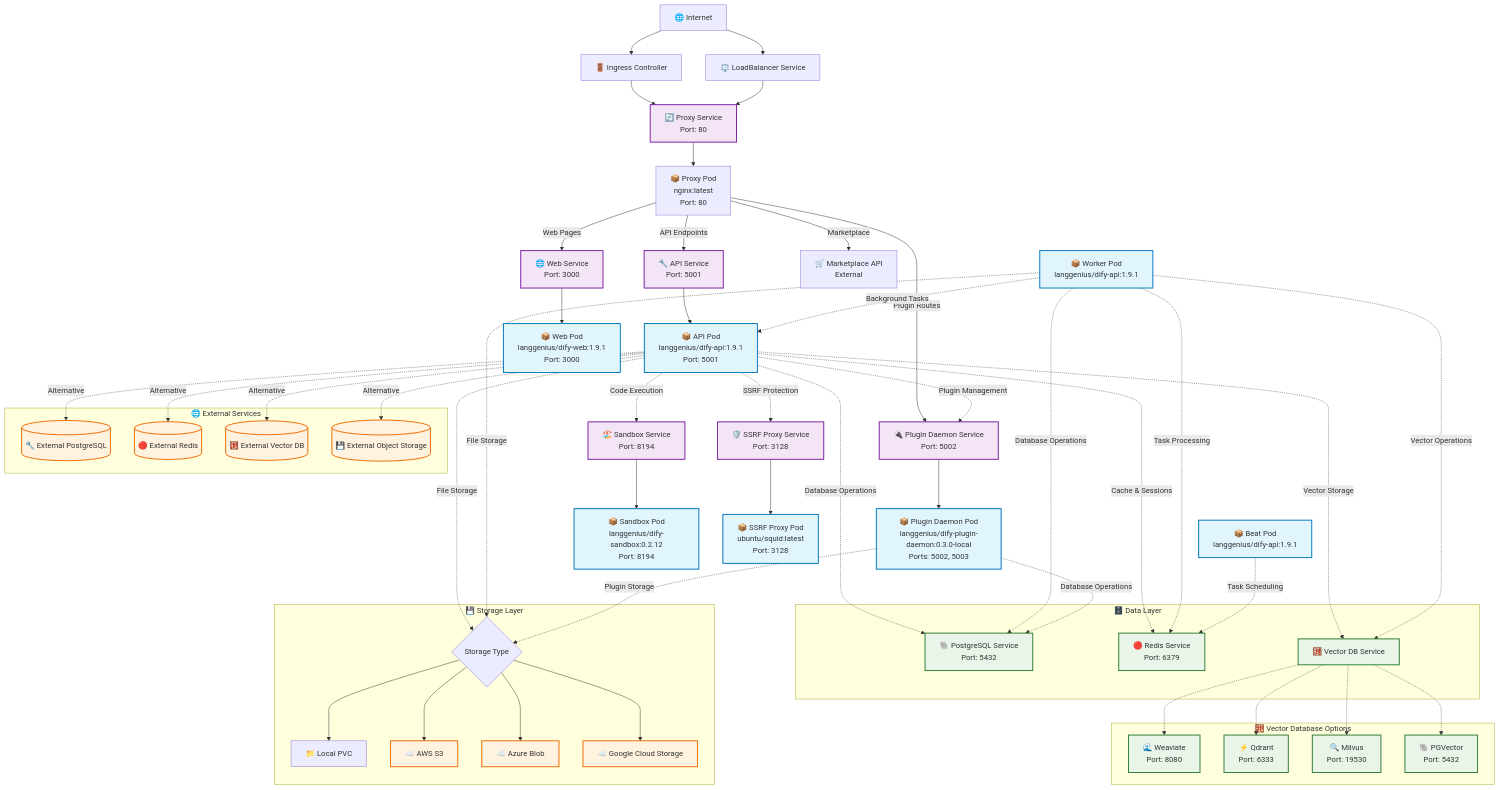
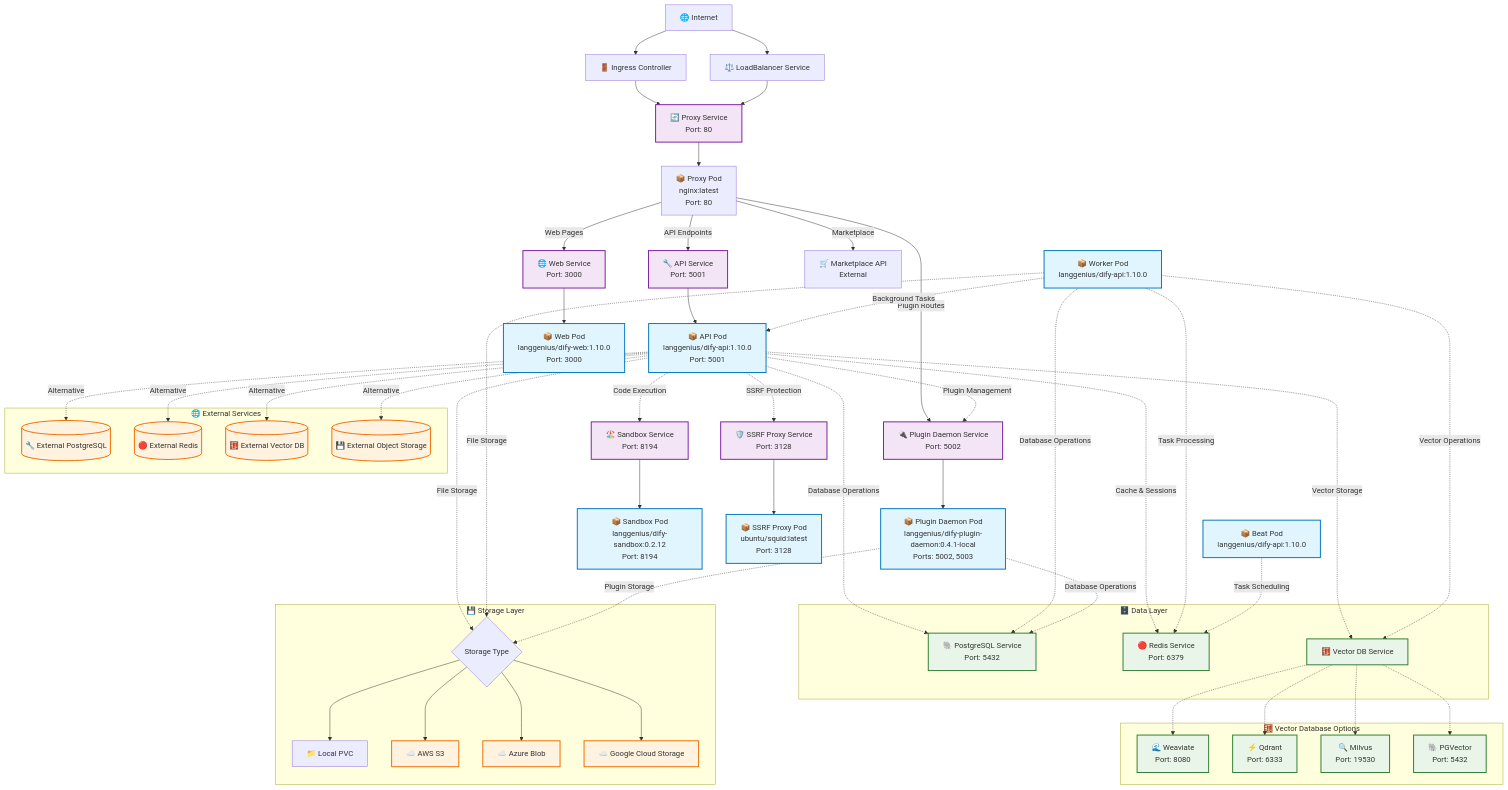
Before and after one commit to BorisPolonsky/dify-helm: the diagram in README.md, drawn with Mermaid. The commit also changed other lines of this file and 18 other files, not shown here.

```diff
--- a/README.md
+++ b/README.md
@@ -39,15 +39,15 @@
     ProxyPod -->|Marketplace| MarketplaceAPI[🛒 Marketplace API<br/>External]
 
     %% Backend Pods
-    APIService --> APIPod[📦 API Pod<br/>langgenius/dify-api:1.9.1<br/>Port: 5001]
-    WebService --> WebPod[📦 Web Pod<br/>langgenius/dify-web:1.9.1<br/>Port: 3000]
-    PluginService --> PluginPod[📦 Plugin Daemon Pod<br/>langgenius/dify-plugin-daemon:0.3.0-local<br/>Ports: 5002, 5003]
+    APIService --> APIPod[📦 API Pod<br/>langgenius/dify-api:1.10.0<br/>Port: 5001]
+    WebService --> WebPod[📦 Web Pod<br/>langgenius/dify-web:1.10.0<br/>Port: 3000]
+    PluginService --> PluginPod[📦 Plugin Daemon Pod<br/>langgenius/dify-plugin-daemon:0.4.1-local<br/>Ports: 5002, 5003]
 
     %% Worker Pod (Background Processing)
-    WorkerPod[📦 Worker Pod<br/>langgenius/dify-api:1.9.1]
+    WorkerPod[📦 Worker Pod<br/>langgenius/dify-api:1.10.0]
 
     %% Beat Pod (Periodic task scheduler)
-    BeatPod[📦 Beat Pod<br/>langgenius/dify-api:1.9.1]
+    BeatPod[📦 Beat Pod<br/>langgenius/dify-api:1.10.0]
 
     %% Sandbox Service
     SandboxService[🏖️ Sandbox Service<br/>Port: 8194] --> SandboxPod[📦 Sandbox Pod<br/>langgenius/dify-sandbox:0.2.12<br/>Port: 8194]
```
